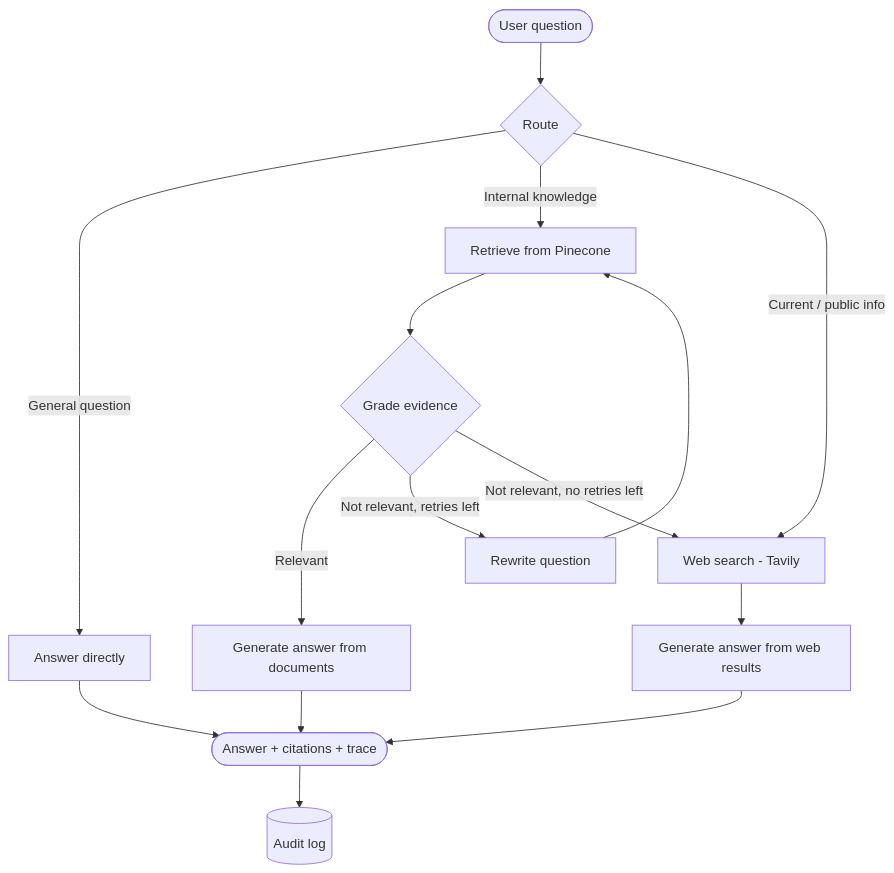
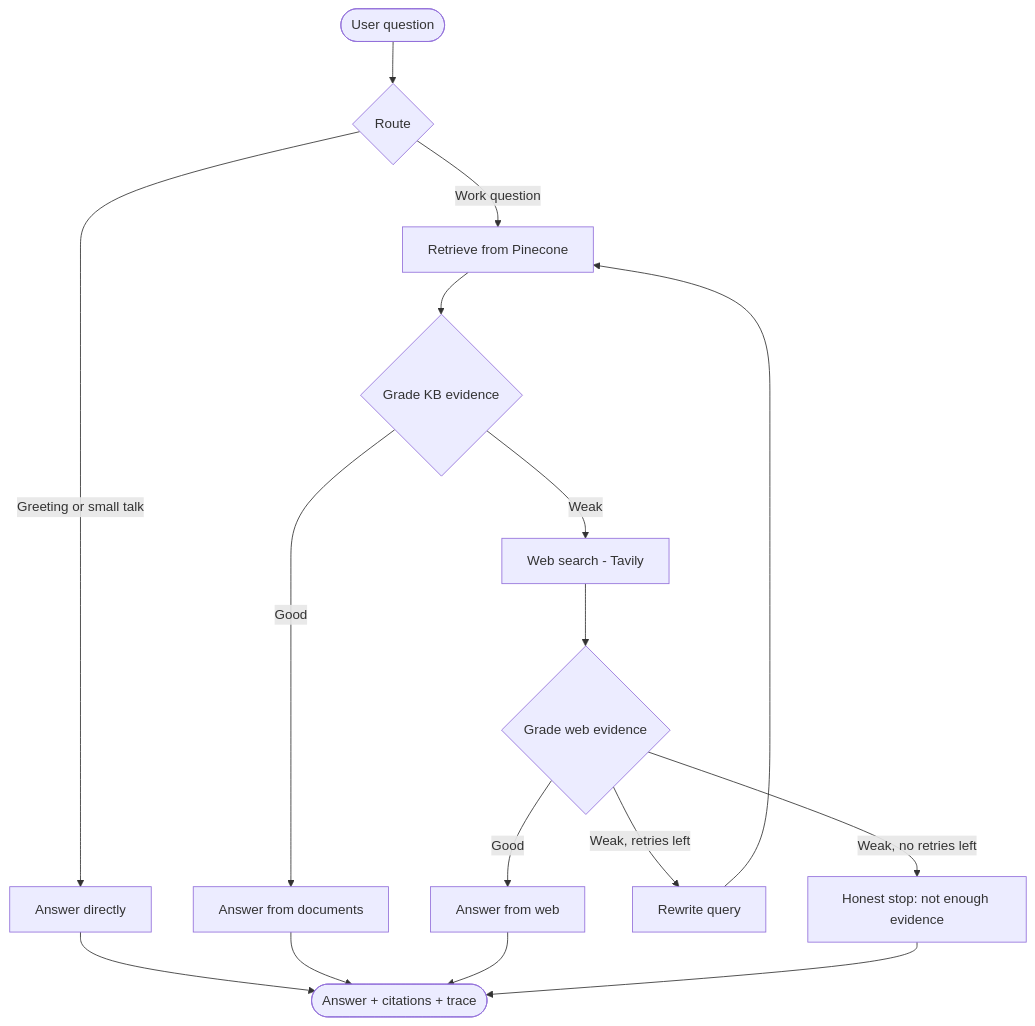
Before and after one commit to joinsrikanth945/Wealth-agentic-rag: the first of 2 diagrams in README.md, drawn with Mermaid. The commit also changed other lines of this file, not shown here.

Commit message:
Correct README: real agent flow, sample documents, testing and deployment

````diff
--- a/README.md
+++ b/README.md
@@ -58,19 +54,20 @@
 ```mermaid
 flowchart TD
     Q([User question]) --> R{Route}
-    R -->|General question| D[Answer directly]
-    R -->|Internal knowledge| RET[Retrieve from Pinecone]
-    R -->|Current / public info| WEB[Web search - Tavily]
+    R -->|Greeting or small talk| D[Answer directly]
+    R -->|Work question| RET[Retrieve from Pinecone]
 
-    RET --> G{Grade evidence}
-    G -->|Relevant| GEN[Generate answer from documents]
-    G -->|Not relevant, retries left| RW[Rewrite question] --> RET
-    G -->|Not relevant, no retries left| WEB
+    RET --> GK{Grade KB evidence}
+    GK -->|Good| GEN[Answer from documents]
+    GK -->|Weak| WEB[Web search - Tavily]
 
-    WEB --> GENW[Generate answer from web results]
+    WEB --> GW{Grade web evidence}
+    GW -->|Good| GENW[Answer from web]
+    GW -->|Weak, retries left| RW[Rewrite query] --> RET
+    GW -->|Weak, no retries left| INS[Honest stop: not enough evidence]
 
     D --> OUT([Answer + citations + trace])
     GEN --> OUT
     GENW --> OUT
-    OUT --> AUD[(Audit log)]
+    INS --> OUT
 ```
````
